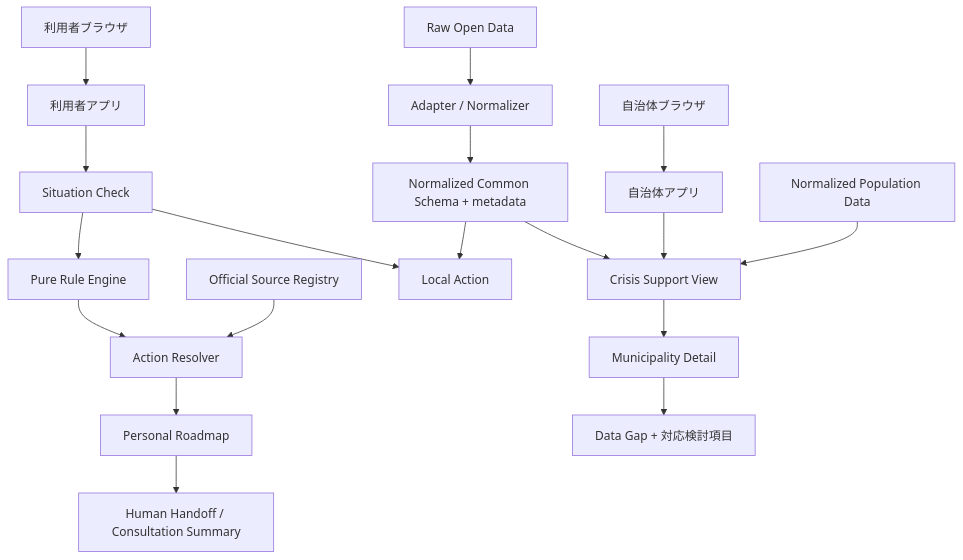
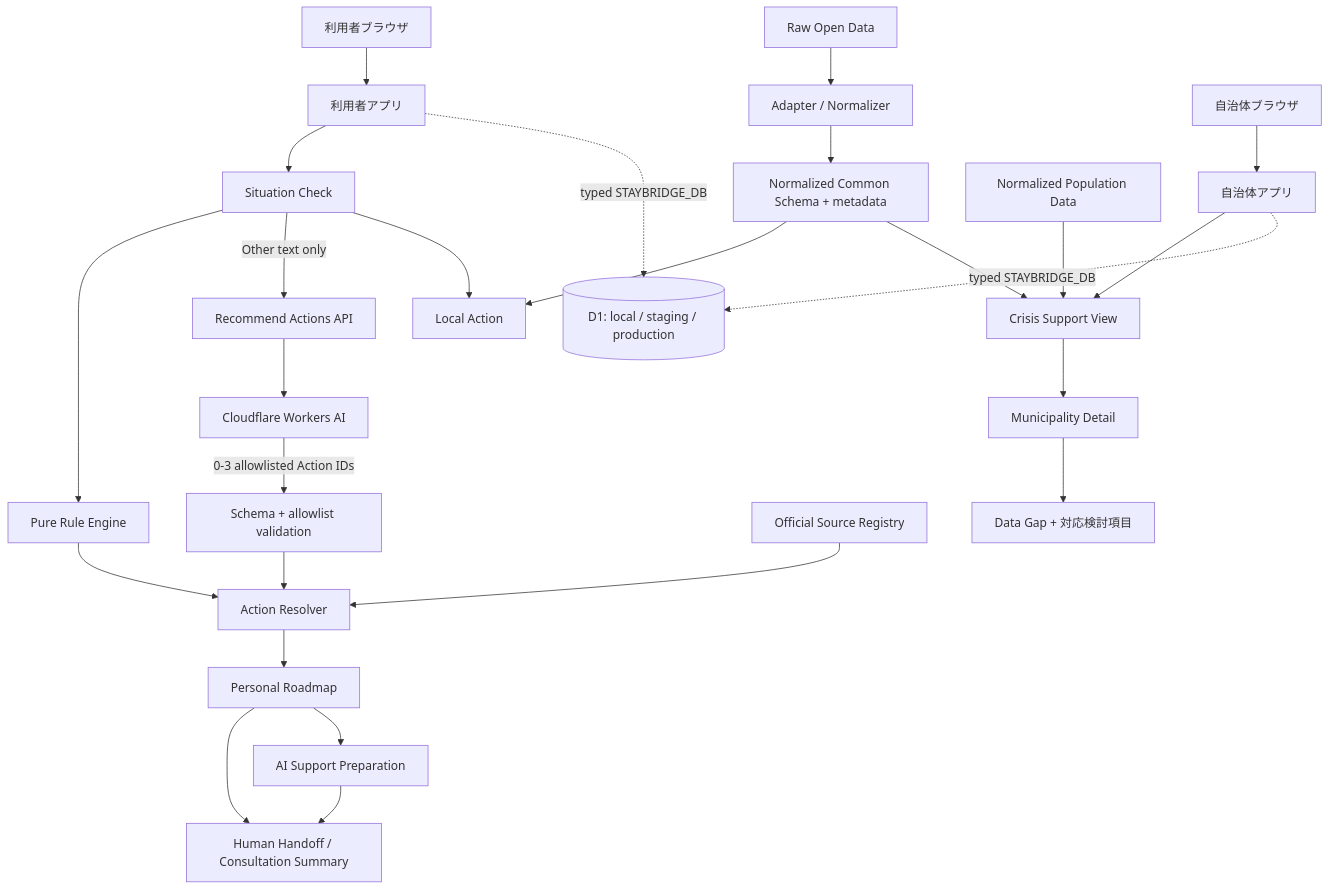
The diagram in docs/architecture.md (kuraryu405/tokyo-opendata), drawn with Mermaid before and after one commit. The commit also changed other lines of this file and 74 other files, not shown here.

First line of the commit message:
feat(roadmap): その他の記述をカード選定に反映する (#64)

````diff
--- a/docs/architecture.md
+++ b/docs/architecture.md
@@ -3,20 +3,28 @@
 ```mermaid
 flowchart TD
   UB[利用者ブラウザ] --> UA[利用者アプリ]
   UA --> S[Situation Check]
   S --> R[Pure Rule Engine]
+  S -->|Other text only| API[Recommend Actions API]
+  API --> WAI[Cloudflare Workers AI]
+  WAI -->|0-3 allowlisted Action IDs| V[Schema + allowlist validation]
   R --> A[Action Resolver]
+  V --> A
   O[Official Source Registry] --> A
   D[Raw Open Data] --> N[Adapter / Normalizer]
   N --> C[Normalized Common Schema + metadata]
   C --> L[Local Action]
   A --> P[Personal Roadmap]
   P --> H[Human Handoff / Consultation Summary]
+  P --> CHT[AI Support Preparation]
+  CHT --> H
   S --> L
   MB[自治体ブラウザ] --> MA[自治体アプリ]
   MA --> CV[Crisis Support View]
+  UA -. typed STAYBRIDGE_DB .-> D1[(D1: local / staging / production)]
+  MA -. typed STAYBRIDGE_DB .-> D1
   C --> CV
   POP[Normalized Population Data] --> CV
   CV --> M[Municipality Detail]
   M --> G[Data Gap + 対応検討項目]
 ```
````
